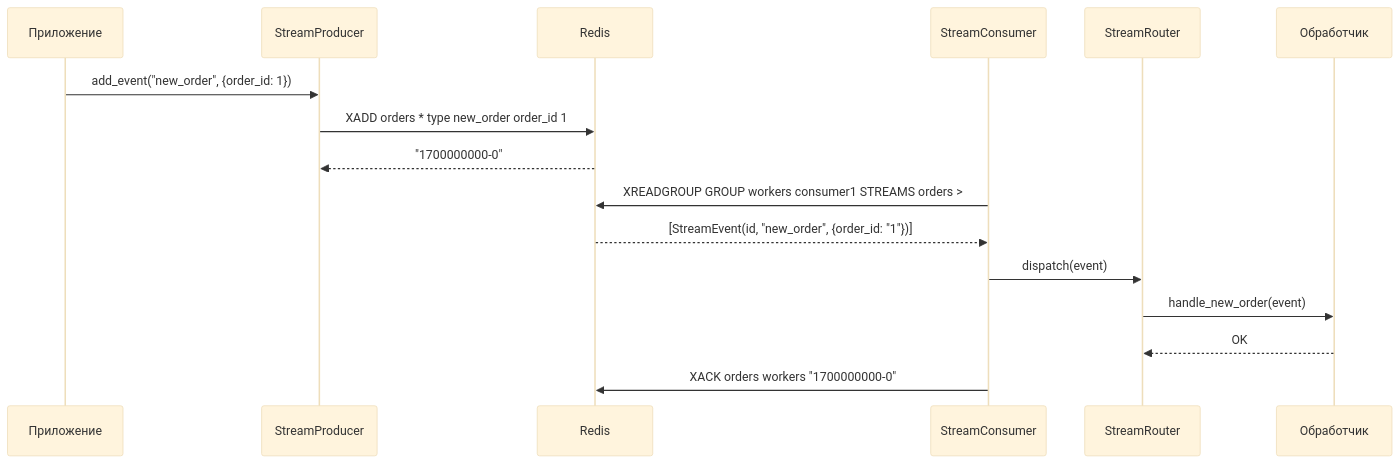
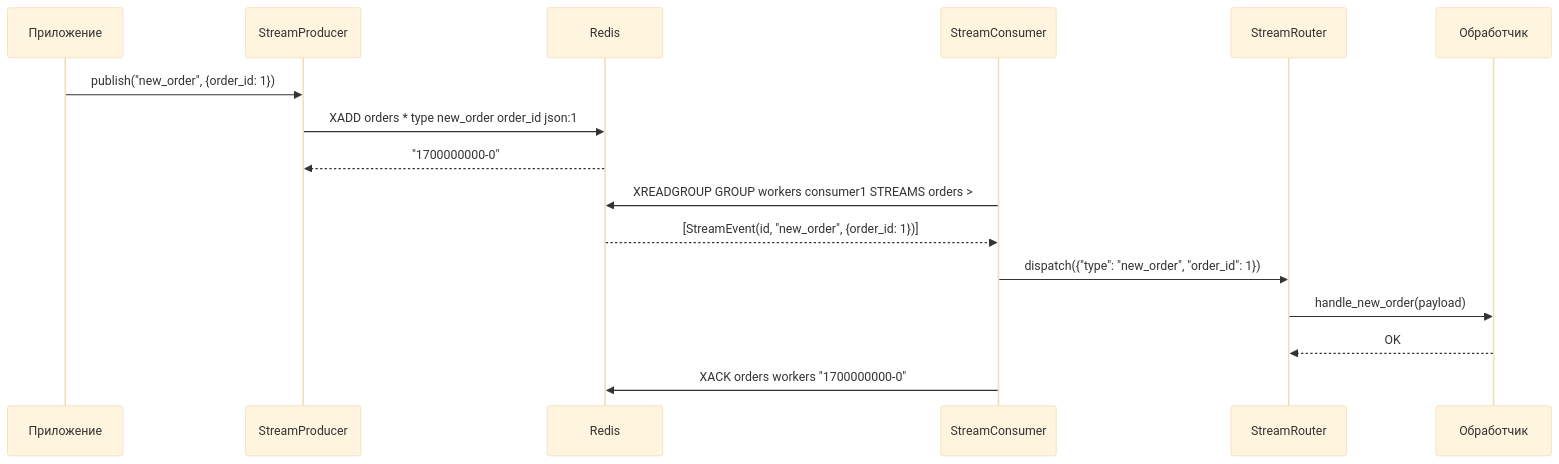
One commit to CodexDLC/codex-platform changed the second of 2 diagrams in docs/ru/architecture/streams/data_flow.md. Above: the diagram before and after it, drawn with Mermaid (base theme). The commit also changed other lines of this file and 28 other files, not shown here.

````diff
--- a/docs/ru/architecture/streams/data_flow.md
+++ b/docs/ru/architecture/streams/data_flow.md
@@ -48,20 +48,20 @@
 ```mermaid
 sequenceDiagram
     participant App as Приложение
     participant Producer as StreamProducer
     participant Redis
     participant Consumer as StreamConsumer
     participant Router as StreamRouter
     participant Handler as Обработчик
 
-    App->>Producer: add_event("new_order", {order_id: 1})
-    Producer->>Redis: XADD orders * type new_order order_id 1
+    App->>Producer: publish("new_order", {order_id: 1})
+    Producer->>Redis: XADD orders * type new_order order_id json:1
     Redis-->>Producer: "1700000000-0"
 
     Consumer->>Redis: XREADGROUP GROUP workers consumer1 STREAMS orders >
-    Redis-->>Consumer: [StreamEvent(id, "new_order", {order_id: "1"})]
-    Consumer->>Router: dispatch(event)
-    Router->>Handler: handle_new_order(event)
+    Redis-->>Consumer: [StreamEvent(id, "new_order", {order_id: 1})]
+    Consumer->>Router: dispatch({"type": "new_order", "order_id": 1})
+    Router->>Handler: handle_new_order(payload)
     Handler-->>Router: OK
     Consumer->>Redis: XACK orders workers "1700000000-0"
 ```
````
